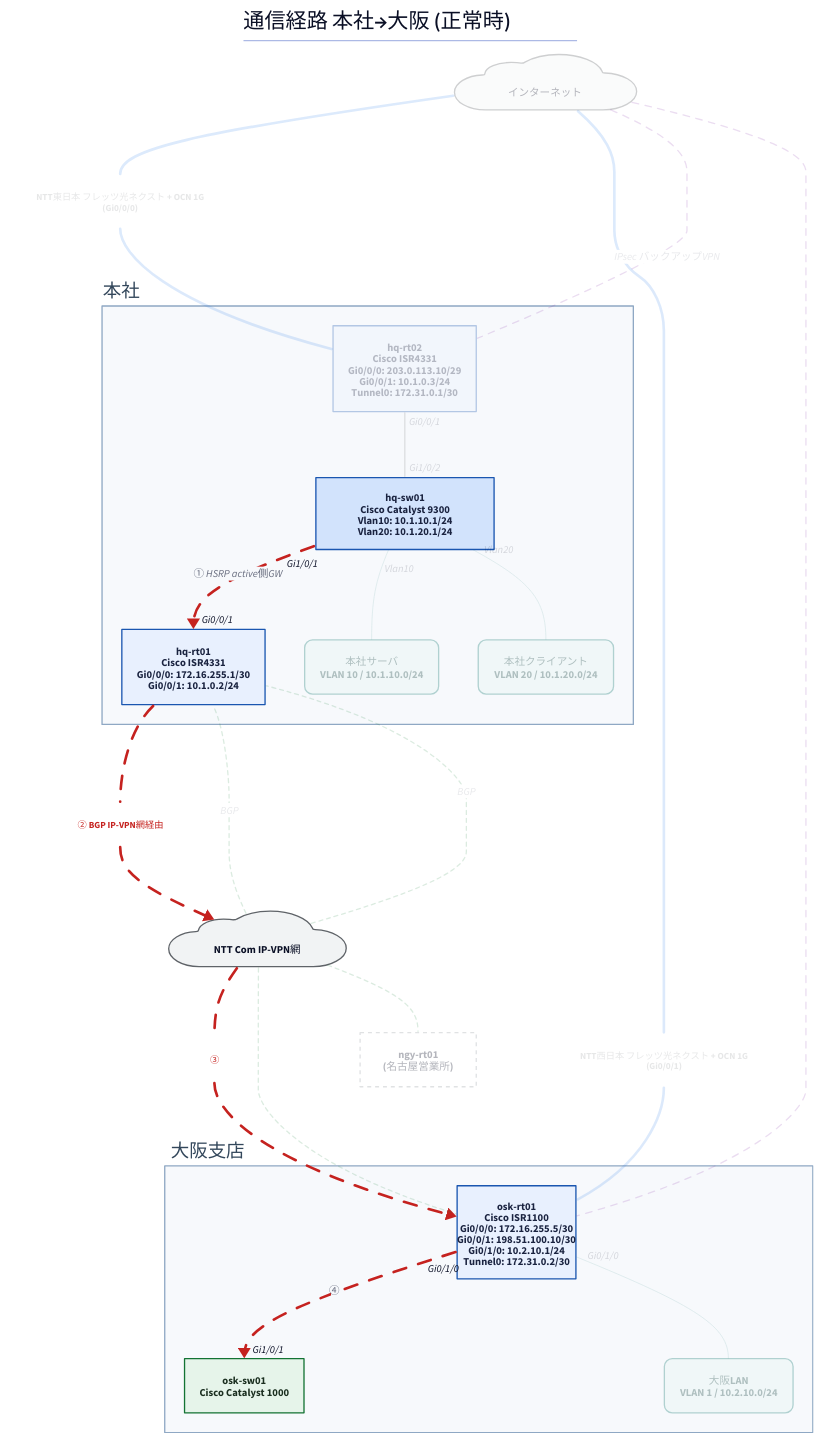
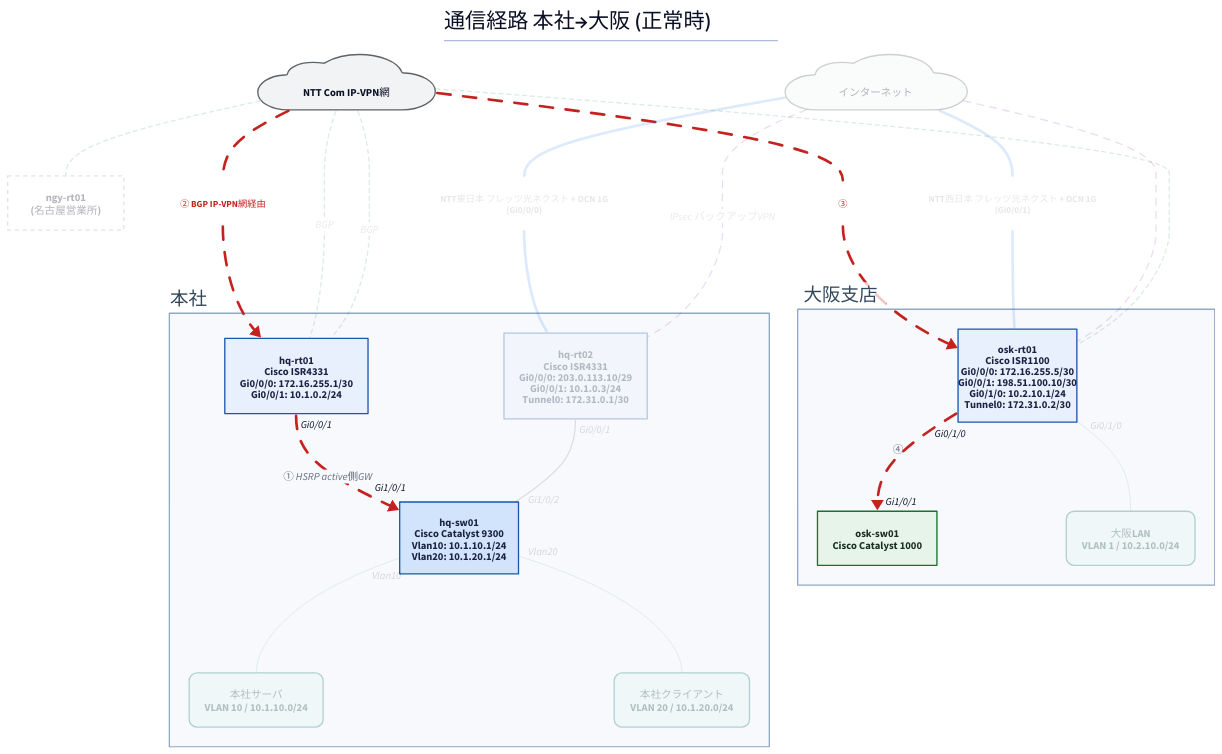
One commit to thinas1115/nwdsl changed the diagram in examples/sample-corp/generated/path-normal.d2. Above: the diagram before and after it, drawn with D2. The commit also changed 21 other files, not shown here.

First line of the commit message:
経路図の矢印反転がレイアウトの階層を壊す問題を修正

```diff
--- a/examples/sample-corp/generated/path-normal.d2
+++ b/examples/sample-corp/generated/path-normal.d2
@@ -1,70 +1,70 @@
 title: |md
   # 通信経路 本社→大阪 (正常時)
 | {near: top-center}
 direction: down
 
 classes: {
   role-router: {style.fill: "#e8f0fe"; style.stroke: "#1a56b0"; style.font-color: "#1a2340"}
   role-l3switch: {style.fill: "#d2e3fc"; style.stroke: "#1a56b0"; style.font-color: "#1a2340"}
   role-l2switch: {style.fill: "#e6f4ea"; style.stroke: "#137333"; style.font-color: "#1a2e1f"}
   role-firewall: {style.fill: "#fce8e6"; style.stroke: "#c5221f"; style.font-color: "#3c1a19"}
   role-other: {style.fill: "#f1f3f4"; style.stroke: "#5f6368"; style.font-color: "#202124"}
   node-cloud: {shape: cloud; style.fill: "#f1f3f4"; style.stroke: "#5f6368"}
   node-site: {style.fill: "#fff8e1"; style.stroke: "#b58105"; style.font-color: "#4a3a08"}
   node-segment: {style.fill: "#e2f5f0"; style.stroke: "#0f766e"; style.font-color: "#0b3d38"; style.border-radius: 12}
   node-external: {style.fill: "#ffffff"; style.stroke: "#9aa0a6"; style.stroke-dash: 3}
   group-site: {style.fill: "#f7f9fc"; style.stroke: "#8fa8c4"; style.font-color: "#33475b"}
   edge-label: {style.fill: "transparent"; style.stroke: "transparent"; style.font-size: 14; style.font-color: "#5f6368"; style.italic: true}
   edge-lan-cable: {style.stroke: "#4a4a4a"; style.stroke-width: 2}
   edge-wan-circuit: {style.stroke: "#1a73e8"; style.stroke-width: 4}
   edge-tunnel: {style.stroke: "#7b1fa2"; style.stroke-width: 2; style.stroke-dash: 5}
   edge-logical: {style.stroke: "#188038"; style.stroke-width: 2; style.stroke-dash: 3}
   edge-segment: {style.stroke: "#0f766e"; style.stroke-width: 1}
 }
 
 s_hq: "本社" {
   class: group-site
   label.near: outside-top-left
   n_hq_rt01: "hq-rt01\nCisco ISR4331\nGi0/0/0: 172.16.255.1/30\nGi0/0/1: 10.1.0.2/24" {class: role-router}
-  n_hq_sw01: "hq-sw01\nCisco Catalyst 9300\nVlan10: 10.1.10.1/24\nVlan20: 10.1.20.1/24" {class: role-l3switch; width: 270}
+  n_hq_sw01: "hq-sw01\nCisco Catalyst 9300\nVlan10: 10.1.10.1/24\nVlan20: 10.1.20.1/24" {class: role-l3switch; width: 180}
   n_hq_rt02: "hq-rt02\nCisco ISR4331\nGi0/0/0: 203.0.113.10/29\nGi0/0/1: 10.1.0.3/24\nTunnel0: 172.31.0.1/30" {class: role-router; style.opacity: 0.3}
   n_seg__hq_server: "本社サーバ\nVLAN 10 / 10.1.10.0/24" {class: node-segment; style.opacity: 0.3}
   n_seg__hq_client: "本社クライアント\nVLAN 20 / 10.1.20.0/24" {class: node-segment; style.opacity: 0.3}
 }
 
 s_osk: "大阪支店" {
   class: group-site
   label.near: outside-top-left
   n_osk_rt01: "osk-rt01\nCisco ISR1100\nGi0/0/0: 172.16.255.5/30\nGi0/0/1: 198.51.100.10/30\nGi0/1/0: 10.2.10.1/24\nTunnel0: 172.31.0.2/30" {class: role-router; width: 180}
   n_osk_sw01: "osk-sw01\nCisco Catalyst 1000" {class: role-l2switch}
   n_seg__osk_lan: "大阪LAN\nVLAN 1 / 10.2.10.0/24" {class: node-segment; style.opacity: 0.3}
 }
 
 n_ipvpn: "　NTT Com IP-VPN網　" {class: node-cloud}
 n_internet: "　インターネット　" {class: node-cloud; style.opacity: 0.3}
 n_ngy_rt01: "ngy-rt01\n(名古屋営業所)" {class: node-external; style.opacity: 0.3}
 
-s_hq.n_hq_sw01 -> s_hq.n_hq_rt01: "① HSRP active側GW" {class: edge-lan-cable; source-arrowhead.label: "Gi1/0/1"; target-arrowhead.label: "Gi0/0/1"; style.stroke: "#c5221f"; style.stroke-width: 4; style.animated: true}
+s_hq.n_hq_rt01 -> s_hq.n_hq_sw01: "① HSRP active側GW" {class: edge-lan-cable; source-arrowhead.label: "Gi0/0/1"; target-arrowhead.label: "Gi1/0/1"; style.stroke: "#c5221f"; style.stroke-width: 4; style.animated: true}
 s_hq.n_hq_rt02 -- s_hq.n_hq_sw01 {class: edge-lan-cable; source-arrowhead.label: "Gi0/0/1"; target-arrowhead.label: "Gi1/0/2"; style.opacity: 0.15}
 s_osk.n_osk_rt01 -> s_osk.n_osk_sw01: "④" {class: edge-lan-cable; source-arrowhead.label: "Gi0/1/0"; target-arrowhead.label: "Gi1/0/1"; style.stroke: "#c5221f"; style.stroke-width: 4; style.animated: true}
 lbl_3: "② BGP IP-VPN網経由" {class: edge-label; style.font-color: "#c5221f"; style.bold: true}
-s_hq.n_hq_rt01 -- lbl_3 {class: edge-wan-circuit; style.stroke: "#c5221f"; style.stroke-width: 4; style.animated: true}
-lbl_3 -> n_ipvpn {class: edge-wan-circuit; style.stroke: "#c5221f"; style.stroke-width: 4; style.animated: true}
+n_ipvpn -- lbl_3 {class: edge-wan-circuit; style.stroke: "#c5221f"; style.stroke-width: 4; style.animated: true}
+lbl_3 -> s_hq.n_hq_rt01 {class: edge-wan-circuit; style.stroke: "#c5221f"; style.stroke-width: 4; style.animated: true}
 lbl_4: "③" {class: edge-label; style.font-color: "#c5221f"; style.bold: true}
 n_ipvpn -- lbl_4 {class: edge-wan-circuit; style.stroke: "#c5221f"; style.stroke-width: 4; style.animated: true}
 lbl_4 -> s_osk.n_osk_rt01 {class: edge-wan-circuit; style.stroke: "#c5221f"; style.stroke-width: 4; style.animated: true}
 lbl_5: "NTT東日本 フレッツ光ネクスト + OCN 1G\n(Gi0/0/0)" {class: edge-label; style.opacity: 0.15}
 n_internet -- lbl_5 {class: edge-wan-circuit; style.opacity: 0.15}
 lbl_5 -- s_hq.n_hq_rt02 {class: edge-wan-circuit; style.opacity: 0.15}
 lbl_6: "NTT西日本 フレッツ光ネクスト + OCN 1G\n(Gi0/0/1)" {class: edge-label; style.opacity: 0.15}
 n_internet -- lbl_6 {class: edge-wan-circuit; style.opacity: 0.15}
 lbl_6 -- s_osk.n_osk_rt01 {class: edge-wan-circuit; style.opacity: 0.15}
 n_internet -- s_hq.n_hq_rt02: "IPsec バックアップVPN" {class: edge-tunnel; style.opacity: 0.15}
 n_internet -- s_osk.n_osk_rt01 {class: edge-tunnel; style.opacity: 0.15}
 n_ipvpn -- s_hq.n_hq_rt01: "BGP" {class: edge-logical; style.opacity: 0.15}
 n_ipvpn -- s_osk.n_osk_rt01 {class: edge-logical; style.opacity: 0.15}
 n_ipvpn -- s_hq.n_hq_rt01: "BGP" {class: edge-logical; style.opacity: 0.15}
 n_ipvpn -- n_ngy_rt01 {class: edge-logical; style.opacity: 0.15}
 s_hq.n_hq_sw01 -- s_hq.n_seg__hq_server {class: edge-segment; source-arrowhead.label: "Vlan10"; style.opacity: 0.15}
 s_hq.n_hq_sw01 -- s_hq.n_seg__hq_client {class: edge-segment; source-arrowhead.label: "Vlan20"; style.opacity: 0.15}
 s_osk.n_osk_rt01 -- s_osk.n_seg__osk_lan {class: edge-segment; source-arrowhead.label: "Gi0/1/0"; style.opacity: 0.15}
```
